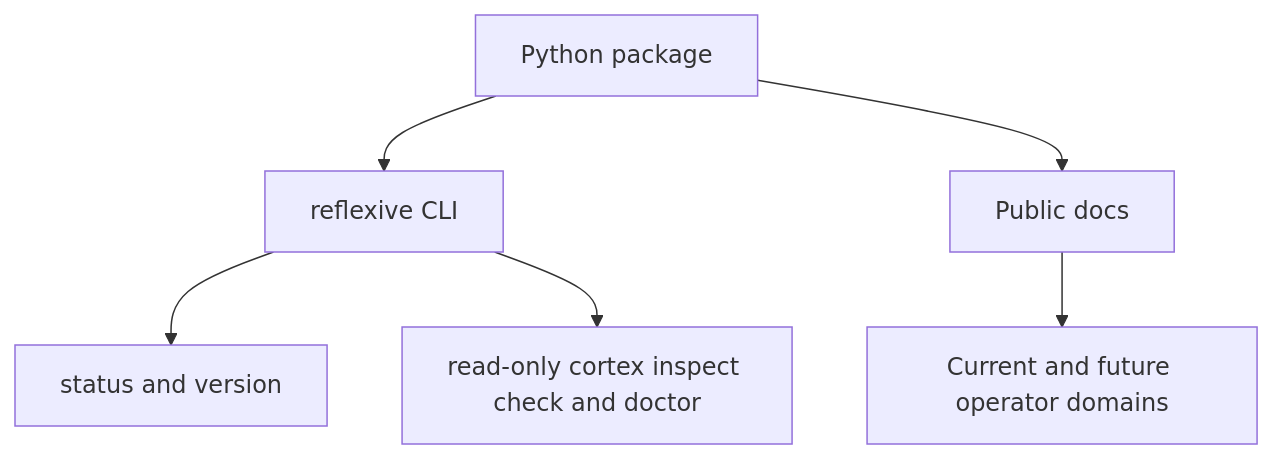
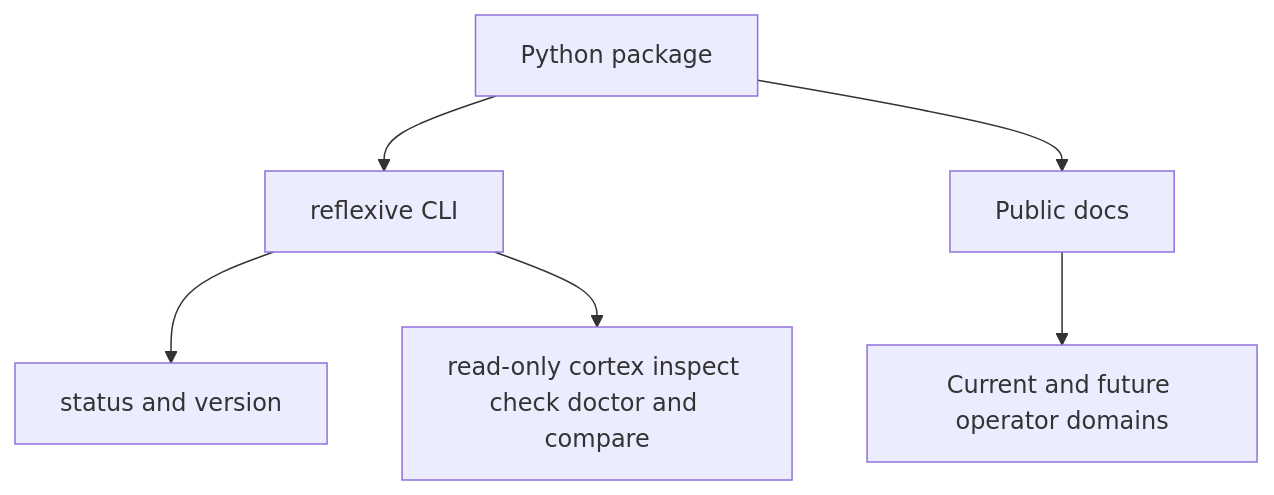
The diagram in docs/architecture.md (rohankhanna/reflexive), drawn with Mermaid before and after one commit. The commit also changed other lines of this file and 6 other files, not shown here.

Commit message:
feat: add public read-only cortex compare command

````diff
--- a/docs/architecture.md
+++ b/docs/architecture.md
@@ -16,8 +16,8 @@
 ```mermaid
 flowchart TD
     PKG[Python package] --> CLI[reflexive CLI]
     CLI --> STATUS[status and version]
-    CLI --> CORTEX[read-only cortex inspect check and doctor]
+    CLI --> CORTEX[read-only cortex inspect check doctor and compare]
     PKG --> DOCS[Public docs]
     DOCS --> DOMAINS[Current and future operator domains]
 ```
````
